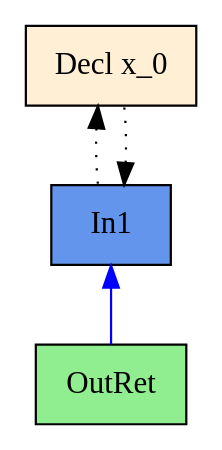
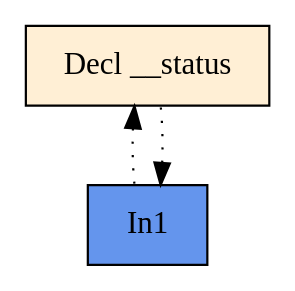
One commit to mosqutip/EECS395-27 changed the diagram in Matlack+Swiech_Code/graph.exit.dot. Above: the diagram before and after it, drawn with Graphviz. The commit also changed 6 other files, not shown here.

```diff
--- a/Matlack+Swiech_Code/graph.exit.dot
+++ b/Matlack+Swiech_Code/graph.exit.dot
@@ -1,14 +1,12 @@
 digraph G {
   rankdir=TB;
   node [style=filled];
-  2 [shape=box, fillcolor="#FFEFD5", label="Decl x_0"];
-  3 [shape=box, fillcolor="#6495ED", label="In1"];
-  4 [shape=box, fillcolor="#90EE90", label="OutRet"];
+  38 [shape=box, fillcolor="#FFEFD5", label="Decl __status"];
+  39 [shape=box, fillcolor="#6495ED", label="In1"];
   
   
   edge [dir=back];
-  3 -> 2 [style=dotted, color="#000000"];
-  2 -> 3 [style=dotted, color="#000000"];
-  3 -> 4 [color="#0000FF"];
+  39 -> 38 [style=dotted, color="#000000"];
+  38 -> 39 [style=dotted, color="#000000"];
   
   }
```
